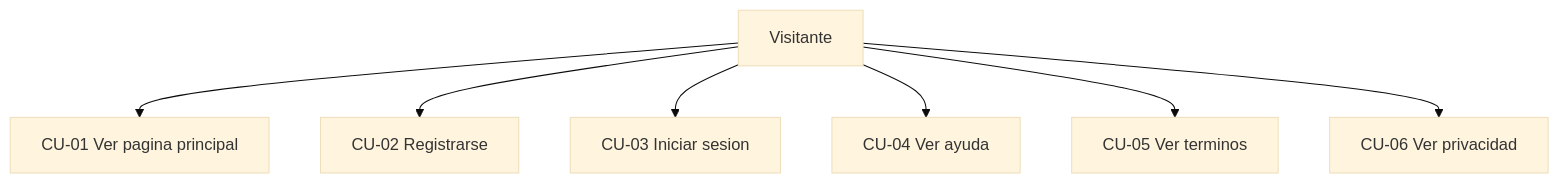
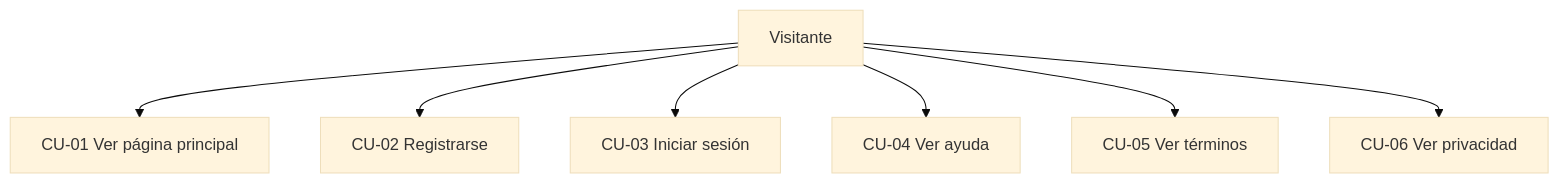
The first of 6 diagrams in documentacion/DAW_PRW_R1L2_UT01.2. Diagrama de casos de uso.md (FerCueA/Duit), drawn with Mermaid (base theme) before and after one commit. The commit also changed other lines of this file and 6 other files, not shown here.

````diff
--- a/documentacion/DAW_PRW_R1L2_UT01.2. Diagrama de casos de uso.md
+++ b/documentacion/DAW_PRW_R1L2_UT01.2. Diagrama de casos de uso.md
@@ -146,10 +148,10 @@
 ```mermaid
 flowchart TB
   V[Visitante]
-  V --> CU01["CU-01 Ver pagina principal"]
+  V --> CU01["CU-01 Ver página principal"]
   V --> CU02["CU-02 Registrarse"]
-  V --> CU03["CU-03 Iniciar sesion"]
+  V --> CU03["CU-03 Iniciar sesión"]
   V --> CU04["CU-04 Ver ayuda"]
-  V --> CU05["CU-05 Ver terminos"]
+  V --> CU05["CU-05 Ver términos"]
   V --> CU06["CU-06 Ver privacidad"]
 ```
````
